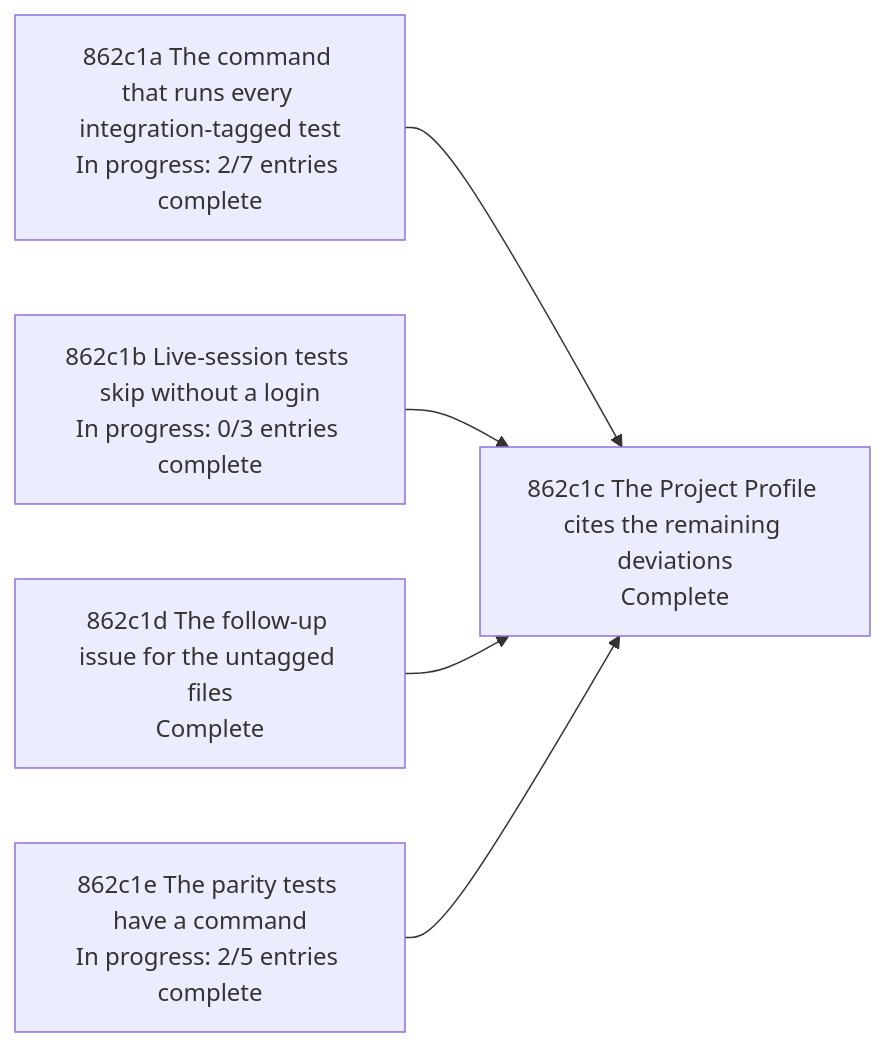
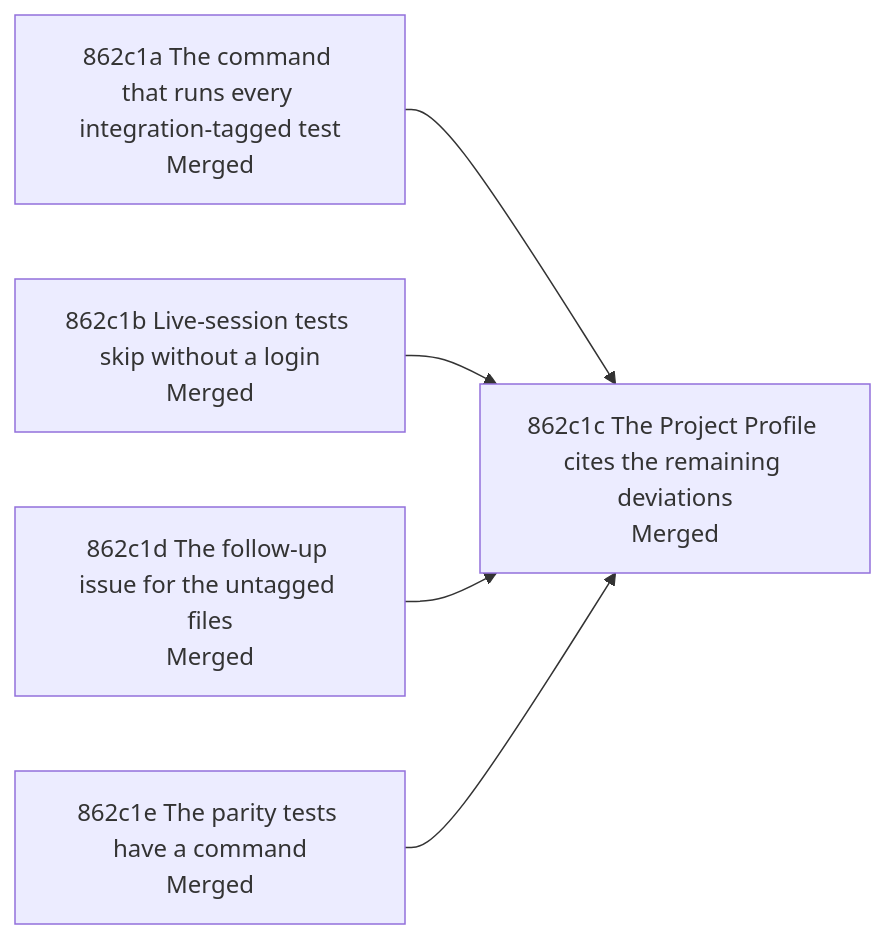
Before and after one commit to toejough/engram: the diagram in docs/changes/862_test-suite-classification/862c_implementation-plan.md, drawn with Mermaid. The commit also changed other lines of this file and 1 other file, not shown here.

First line of the commit message:
docs(861c,862c): milestone b00 gates passed on main, so the tooling nodes are Done and Merged.

````diff
--- a/docs/changes/862_test-suite-classification/862c_implementation-plan.md
+++ b/docs/changes/862_test-suite-classification/862c_implementation-plan.md
@@ -9,12 +9,12 @@
 ```mermaid
 flowchart LR
-    N1a["862c1a The command that runs every integration-tagged test<br/>In progress: 2/7 entries complete"]
-    N1b["862c1b Live-session tests skip without a login<br/>In progress: 0/3 entries complete"]
-    N1e["862c1e The parity tests have a command<br/>In progress: 2/5 entries complete"]
-    N1d["862c1d The follow-up issue for the untagged files<br/>Complete"]
-    N1c["862c1c The Project Profile cites the remaining deviations<br/>Complete"]
+    N1a["862c1a The command that runs every integration-tagged test<br/>Merged"]
+    N1b["862c1b Live-session tests skip without a login<br/>Merged"]
+    N1e["862c1e The parity tests have a command<br/>Merged"]
+    N1d["862c1d The follow-up issue for the untagged files<br/>Merged"]
+    N1c["862c1c The Project Profile cites the remaining deviations<br/>Merged"]
     N1a --> N1c
     N1b --> N1c
     N1d --> N1c
     N1e --> N1c
 ```
````
